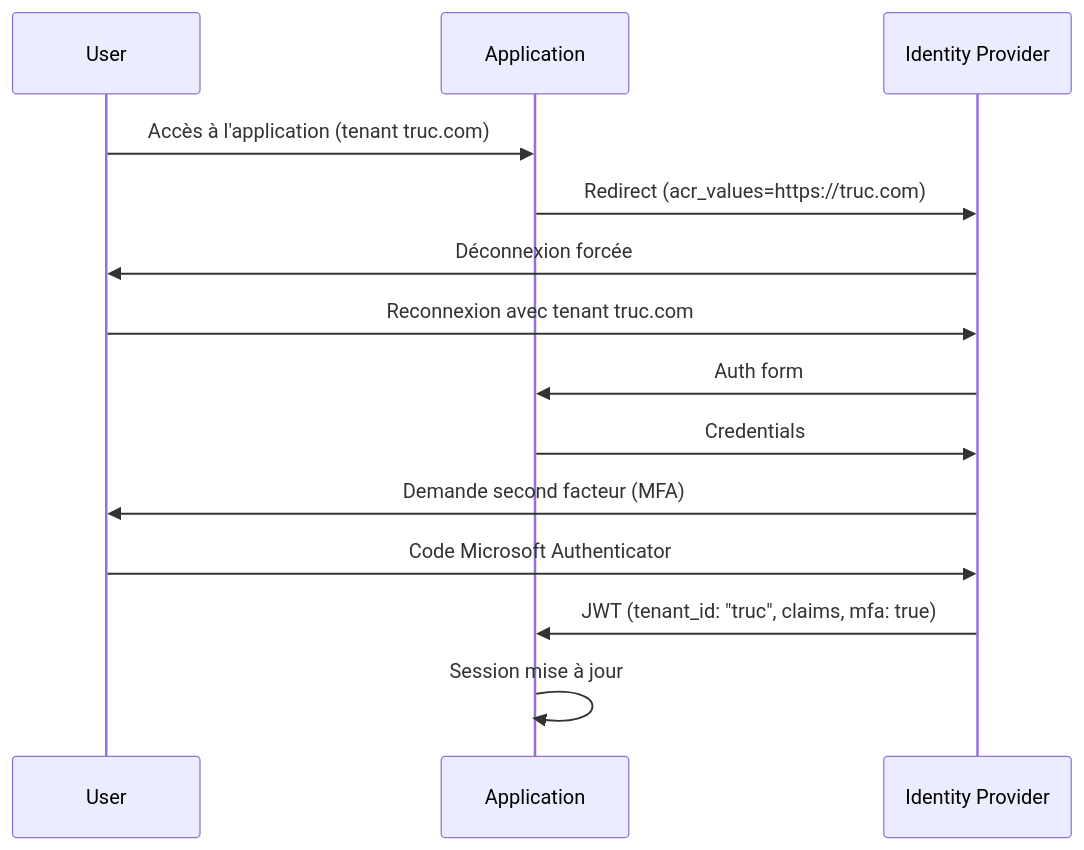
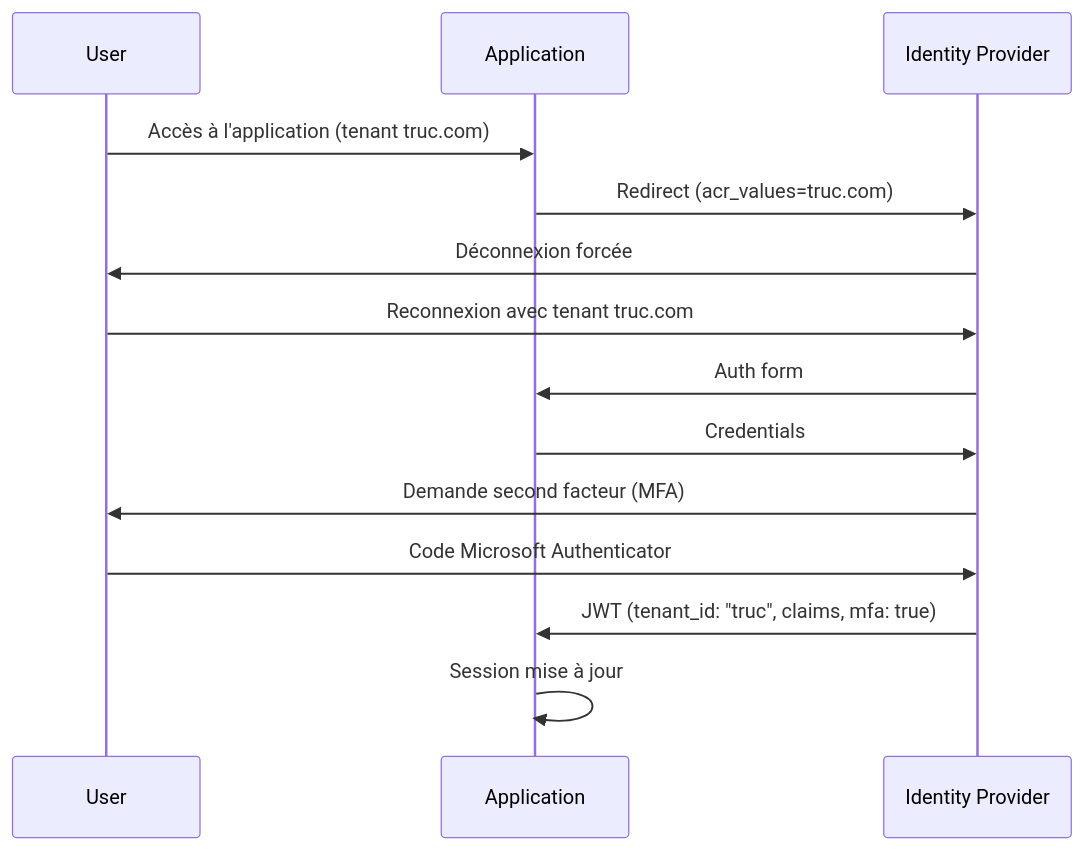
One commit to FantasticJoho/johodp changed the sixth of 8 diagrams in docs/identity-flows-mermaid-mfa.md. Above: the diagram before and after it, drawn with Mermaid. The commit also changed other lines of this file and 1 other file, not shown here.

Commit message:
feat: Enhance onboarding flow diagrams with MFA and API integration details

````diff
--- a/docs/identity-flows-mermaid-mfa.md
+++ b/docs/identity-flows-mermaid-mfa.md
@@ -56,17 +120,17 @@
 ```mermaid
 sequenceDiagram
     participant User
     participant App as Application
     participant IdP as Identity Provider
 
     User->>App: Accès à l'application (tenant truc.com)
-    App->>IdP: Redirect (acr_values=https://truc.com)
+    App->>IdP: Redirect (acr_values=truc.com)
     IdP->>User: Déconnexion forcée
     User->>IdP: Reconnexion avec tenant truc.com
     IdP->>App: Auth form
     App->>IdP: Credentials
     IdP->>User: Demande second facteur (MFA)
     User->>IdP: Code Microsoft Authenticator
     IdP->>App: JWT (tenant_id: "truc", claims, mfa: true)
     App->>App: Session mise à jour
 ```
````
